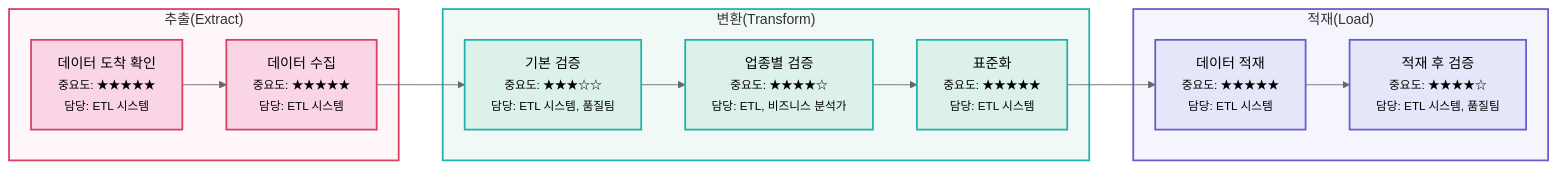
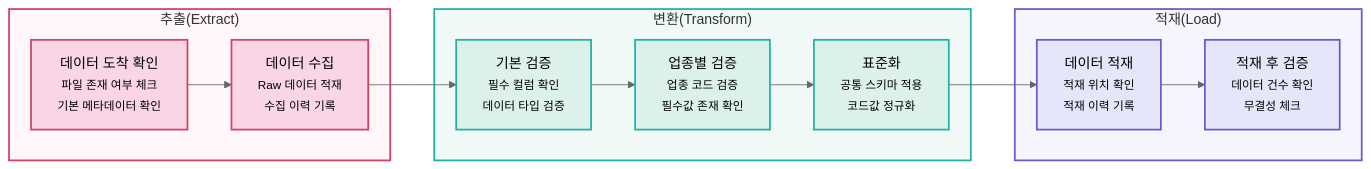
One commit to yeokyeong-yoon/yeokyeong-yoon.github.io changed the fourth of 5 diagrams in _posts/2025-03-18-etl-pipeline.md. Above: the diagram before and after it, drawn with Mermaid (neutral theme). The commit also changed other lines of this file, not shown here.

Commit message:
Fix blog diagram contents

```diff
--- a/_posts/2025-03-18-etl-pipeline.md
+++ b/_posts/2025-03-18-etl-pipeline.md
@@ -271,28 +289,28 @@
 <div class="mermaid">
 flowchart LR
     classDef extract fill:#f9d5e5,stroke:#d64161,stroke-width:2px
     classDef transform fill:#dcf2e9,stroke:#20b2aa,stroke-width:2px
     classDef load fill:#e6e6fa,stroke:#6a5acd,stroke-width:2px
     
     subgraph 추출단계["추출(Extract)"]
-        E1["데이터 도착 확인<br><small>중요도: ★★★★★</small><br><small>담당: ETL 시스템</small>"]:::extract
-        E2["데이터 수집<br><small>중요도: ★★★★★</small><br><small>담당: ETL 시스템</small>"]:::extract
+        E1["데이터 도착 확인<br><small>파일 존재 여부 체크</small><br><small>기본 메타데이터 확인</small>"]:::extract
+        E2["데이터 수집<br><small>Raw 데이터 적재</small><br><small>수집 이력 기록</small>"]:::extract
     end
     
     subgraph 변환단계["변환(Transform)"]
-        T1["기본 검증<br><small>중요도: ★★★☆☆</small><br><small>담당: ETL 시스템, 품질팀</small>"]:::transform
-        T2["업종별 검증<br><small>중요도: ★★★★☆</small><br><small>담당: ETL, 비즈니스 분석가</small>"]:::transform
-        T3["표준화<br><small>중요도: ★★★★★</small><br><small>담당: ETL 시스템</small>"]:::transform
+        T1["기본 검증<br><small>필수 컬럼 확인</small><br><small>데이터 타입 검증</small>"]:::transform
+        T2["업종별 검증<br><small>업종 코드 검증</small><br><small>필수값 존재 확인</small>"]:::transform
+        T3["표준화<br><small>공통 스키마 적용</small><br><small>코드값 정규화</small>"]:::transform
     end
     
     subgraph 적재단계["적재(Load)"]
-        L1["데이터 적재<br><small>중요도: ★★★★★</small><br><small>담당: ETL 시스템</small>"]:::load
-        L2["적재 후 검증<br><small>중요도: ★★★★☆</small><br><small>담당: ETL 시스템, 품질팀</small>"]:::load
+        L1["데이터 적재<br><small>적재 위치 확인</small><br><small>적재 이력 기록</small>"]:::load
+        L2["적재 후 검증<br><small>데이터 건수 확인</small><br><small>무결성 체크</small>"]:::load
     end
     
     E1 --> E2 --> T1 --> T2 --> T3 --> L1 --> L2
     
     style 추출단계 fill:#fef6f8,stroke:#d64161,stroke-width:2px
     style 변환단계 fill:#f0f9f6,stroke:#20b2aa,stroke-width:2px
     style 적재단계 fill:#f5f5fd,stroke:#6a5acd,stroke-width:2px
 </div>
```
